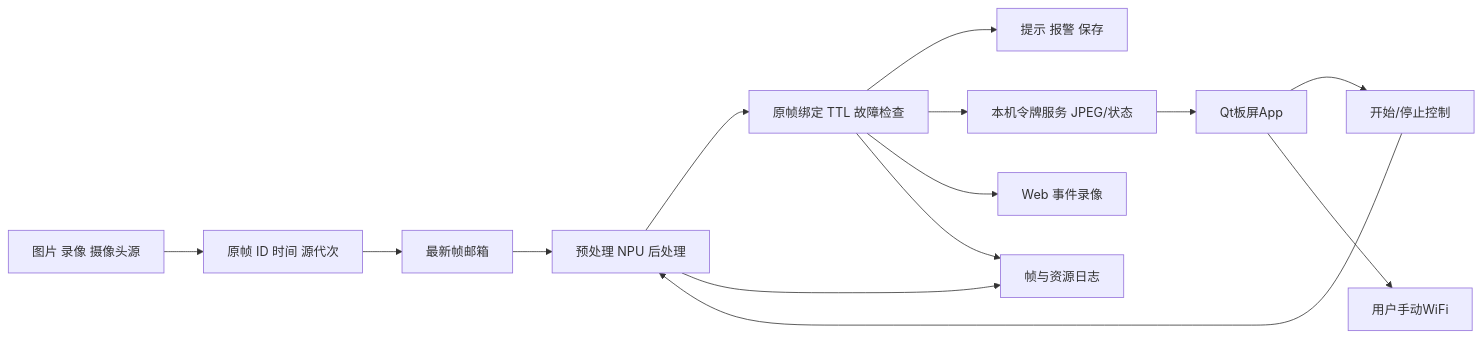
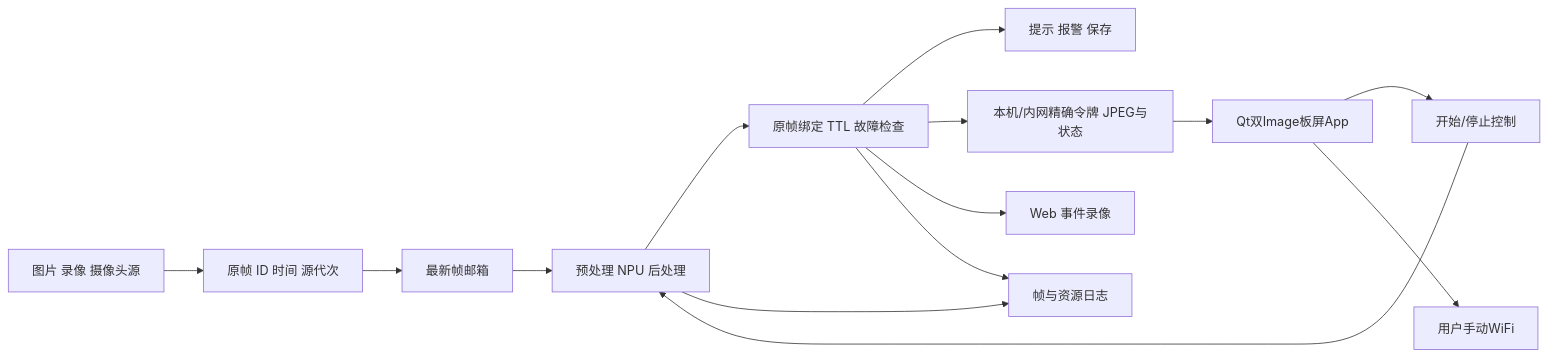
Before and after one commit to 0tinna/helmet-detection-RK3568: the diagram in docs/proposal/开题PPT逐页内容与演讲稿.md, drawn with Mermaid. The commit also changed other lines of this file and 78 other files, not shown here.

````diff
--- a/docs/proposal/开题PPT逐页内容与演讲稿.md
+++ b/docs/proposal/开题PPT逐页内容与演讲稿.md
@@ -84,16 +84,16 @@
 ```mermaid
 flowchart LR
     S[图片 录像 摄像头源] --> F[原帧 ID 时间 源代次]
     F --> M[最新帧邮箱]
     M --> N[预处理 NPU 后处理]
     N --> V[原帧绑定 TTL 故障检查]
     V --> A[提示 报警 保存]
-    V --> L[本机令牌服务 JPEG/状态]
-    L --> Q[Qt板屏App]
+    V --> L[本机/内网精确令牌 JPEG与状态]
+    L --> Q[Qt双Image板屏App]
     Q --> D[开始/停止控制]
     D --> N
     Q --> U[用户手动WiFi]
     V --> W[Web 事件录像]
     N --> T[帧与资源日志]
     V --> T
 ```
````
